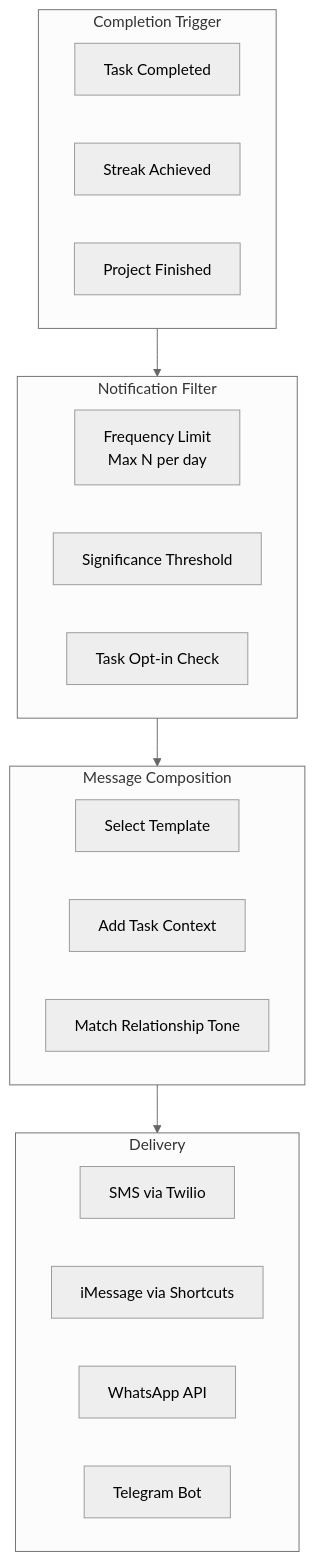
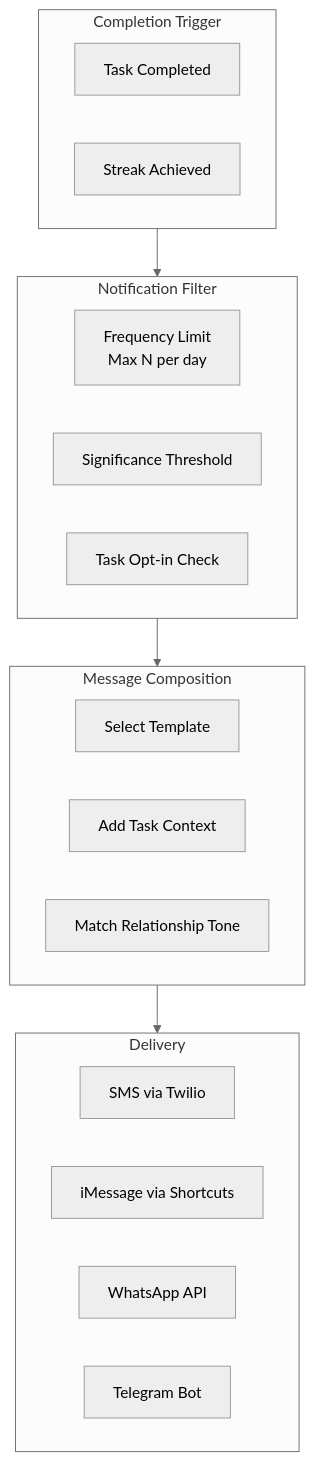
Before and after one commit to NickBorgersProbably/hide-my-list: the ninth of 17 diagrams in docs/reward-system.md, drawn with Mermaid (neutral theme). The commit also changed other lines of this file and 25 other files, not shown here.

````diff
--- a/docs/reward-system.md
+++ b/docs/reward-system.md
@@ -699,31 +707,30 @@
 ```mermaid
 flowchart TD
     subgraph Trigger["Completion Trigger"]
         Task["Task Completed"]
         Streak["Streak Achieved"]
-        Parent["Project Finished"]
     end
 
     subgraph Filter["Notification Filter"]
         Frequency["Frequency Limit<br/>Max N per day"]
         Significance["Significance Threshold"]
         OptIn["Task Opt-in Check"]
     end
 
     subgraph Compose["Message Composition"]
         Template["Select Template"]
         Personalize["Add Task Context"]
         Tone["Match Relationship Tone"]
     end
 
     subgraph Deliver["Delivery"]
         SMS[SMS via Twilio]
         iMessage[iMessage via Shortcuts]
         WhatsApp[WhatsApp API]
         Telegram[Telegram Bot]
     end
 
     Trigger --> Filter
     Filter --> Compose
     Compose --> Deliver
 ```
````
